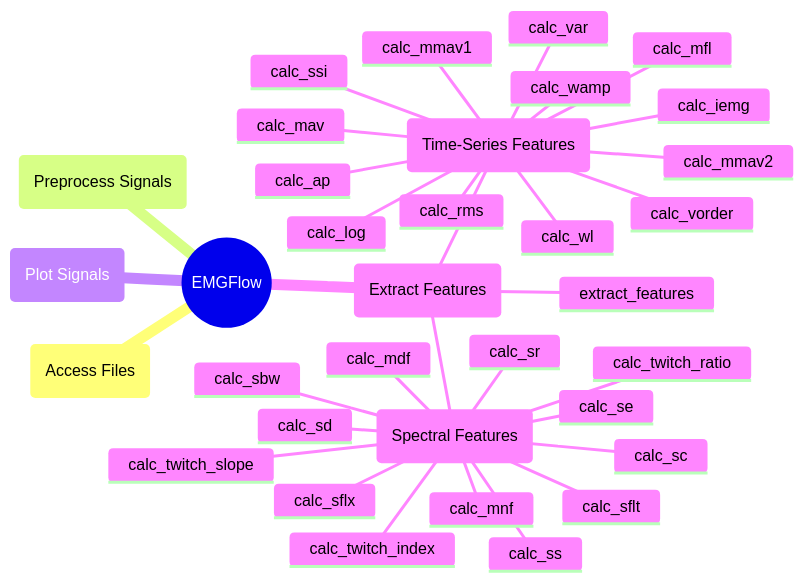
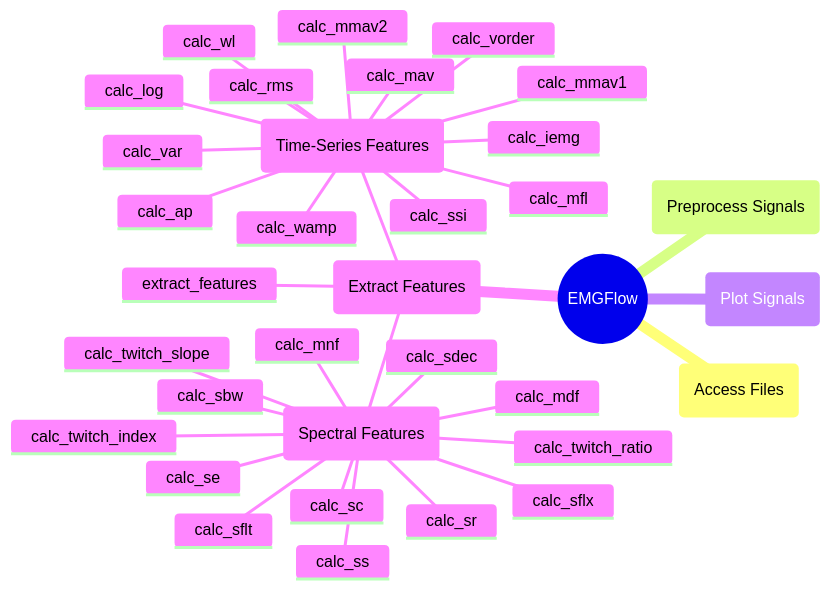
Before and after one commit to WiIIson/EMGFlow-Python-Package: the diagram in docs/reference/extract-features.md, drawn with Mermaid. The commit also changed other lines of this file, not shown here.

First line of the commit message:
Update extract-features.md

````diff
--- a/docs/reference/extract-features.md
+++ b/docs/reference/extract-features.md
@@ -11,37 +11,37 @@
 ```mermaid
 mindmap
     root((EMGFlow))
         AF(Access Files)
         PrS(Preprocess Signals)
         PlS(Plot Signals)
         EF(Extract Features)
+            extract_features
             (Time-Series Features)
+                calc_ap
                 calc_iemg
+                calc_log
                 calc_mav
+                calc_mfl
                 calc_mmav1
                 calc_mmav2
+                calc_rms
                 calc_ssi
                 calc_var
                 calc_vorder
-                calc_rms
+                calc_wamp
                 calc_wl
-                calc_wamp
-                calc_log
-                calc_mfl
-                calc_ap
             (Spectral Features)
                 calc_mdf
                 calc_mnf
-                calc_twitch_ratio
-                calc_twitch_index
-                calc_twitch_slope
+                calc_sbw
                 calc_sc
+                calc_sdec
+                calc_se
                 calc_sflt
                 calc_sflx
+                calc_sr
                 calc_ss
-                calc_sd
-                calc_se
-                calc_sr
-                calc_sbw
-            extract_features
+                calc_twitch_index
+                calc_twitch_ratio
+                calc_twitch_slope
 ```
````
